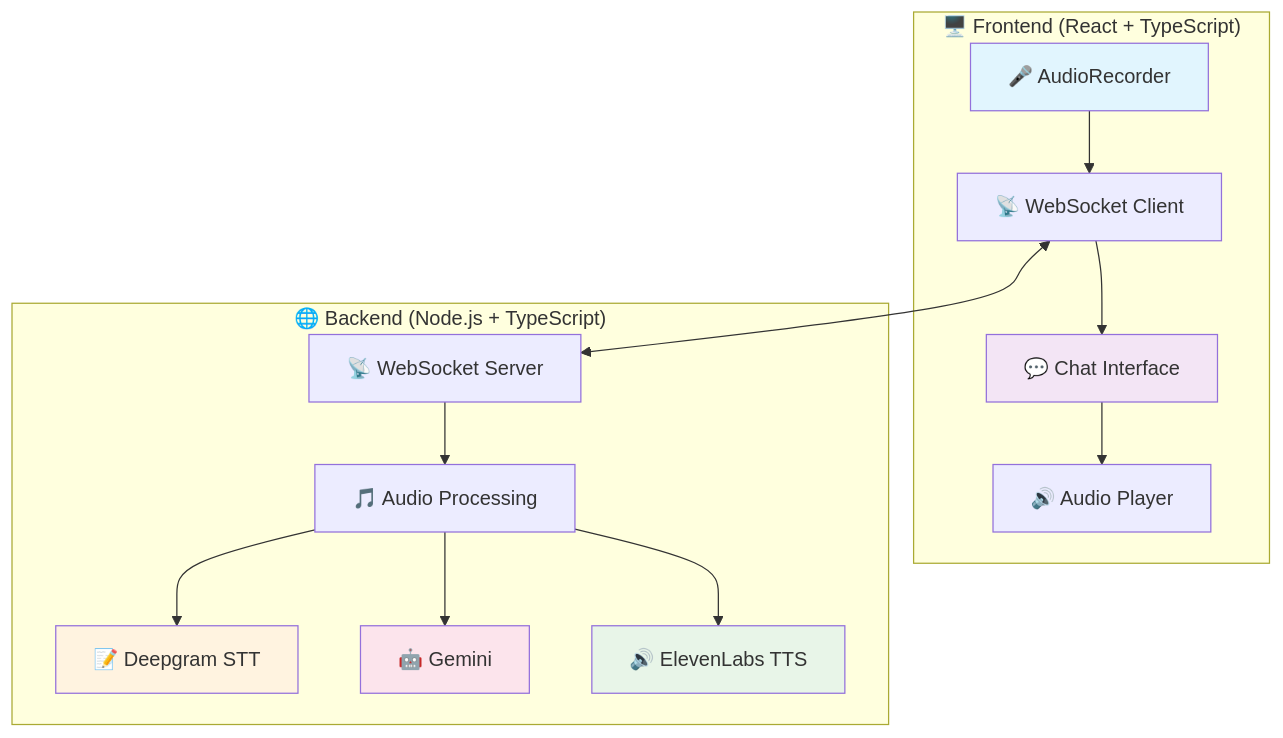
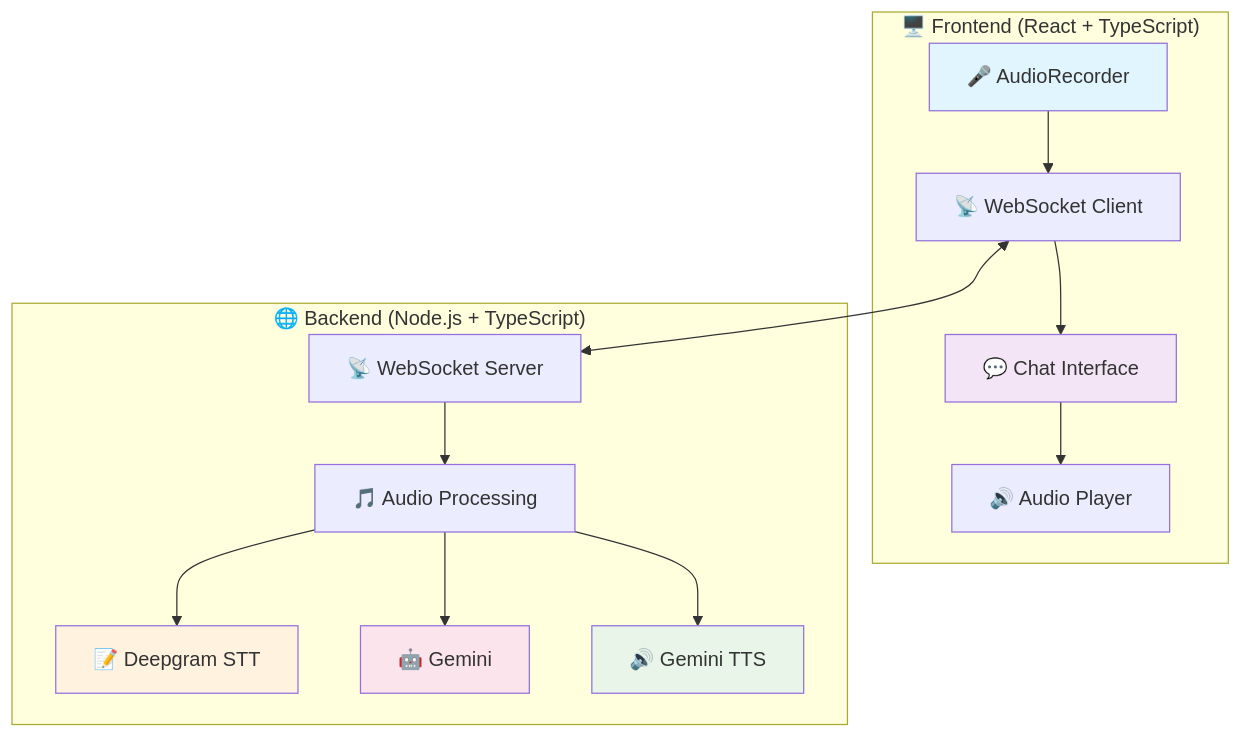
Before and after one commit to NirtonAfonso/workshop-agente-conversacional: the third of 3 diagrams in docs/introduction/index.md, drawn with Mermaid. The commit also changed other lines of this file and 35 other files, not shown here.

Commit message:
Replace ElevenLabs TTS with Gemini TTS

````diff
--- a/docs/introduction/index.md
+++ b/docs/introduction/index.md
@@ -122,23 +122,23 @@
 ```{mermaid}
 graph TB
     subgraph "🖥️ Frontend (React + TypeScript)"
         A[🎤 AudioRecorder] --> B[📡 WebSocket Client]
         B --> C[💬 Chat Interface]
         C --> D[🔊 Audio Player]
     end
 
     subgraph "🌐 Backend (Node.js + TypeScript)"
         E[📡 WebSocket Server] --> F[🎵 Audio Processing]
         F --> G[📝 Deepgram STT]
         F --> H[🤖 Gemini]
-        F --> I[🔊 ElevenLabs TTS]
+        F --> I[🔊 Gemini TTS]
     end
 
     B <--> E
 
     style A fill:#e1f5fe
     style C fill:#f3e5f5
     style G fill:#fff3e0
     style H fill:#fce4ec
     style I fill:#e8f5e8
 ```
````
